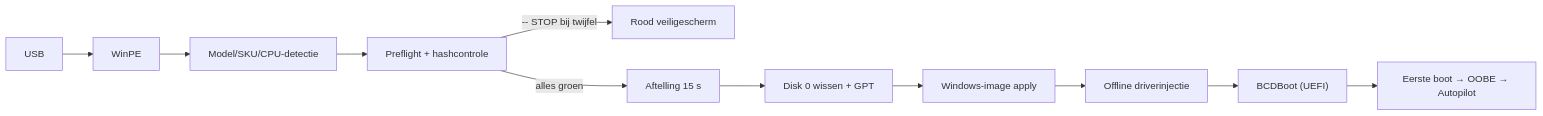
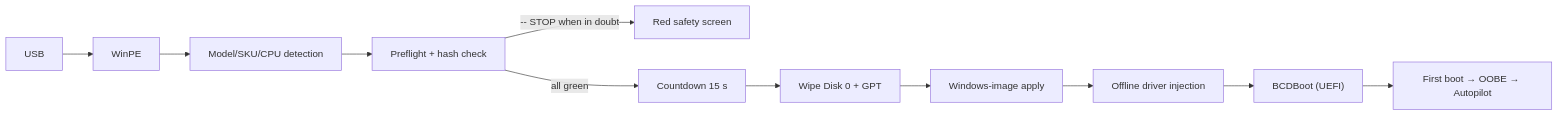
Before and after one commit to Cyxno/rss-surface-deployment-public: the diagram in README.md, drawn with Mermaid. The commit also changed other lines of this file and 54 other files, not shown here.

````diff
--- a/README.md
+++ b/README.md
@@ -20,13 +20,13 @@
 ```mermaid
 flowchart LR
     USB --> WinPE
-    WinPE --> Detectie["Model/SKU/CPU-detectie"]
-    Detectie --> Safety["Preflight + hashcontrole"]
-    Safety -->|-- STOP bij twijfel| Rood["Rood veiligescherm"]
-    Safety -->|alles groen| Aftelling["Aftelling 15 s"]
-    Aftelling --> DiskPrep["Disk 0 wissen + GPT"]
+    WinPE --> Detection["Model/SKU/CPU detection"]
+    Detection --> Safety["Preflight + hash check"]
+    Safety -->|-- STOP when in doubt| Red["Red safety screen"]
+    Safety -->|all green| Countdown["Countdown 15 s"]
+    Countdown --> DiskPrep["Wipe Disk 0 + GPT"]
     DiskPrep --> Windows["Windows-image apply"]
-    Windows --> Drivers["Offline driverinjectie"]
+    Windows --> Drivers["Offline driver injection"]
     Drivers --> Boot["BCDBoot (UEFI)"]
-    Boot --> OOBE["Eerste boot → OOBE → Autopilot"]
+    Boot --> OOBE["First boot → OOBE → Autopilot"]
 ```
````
